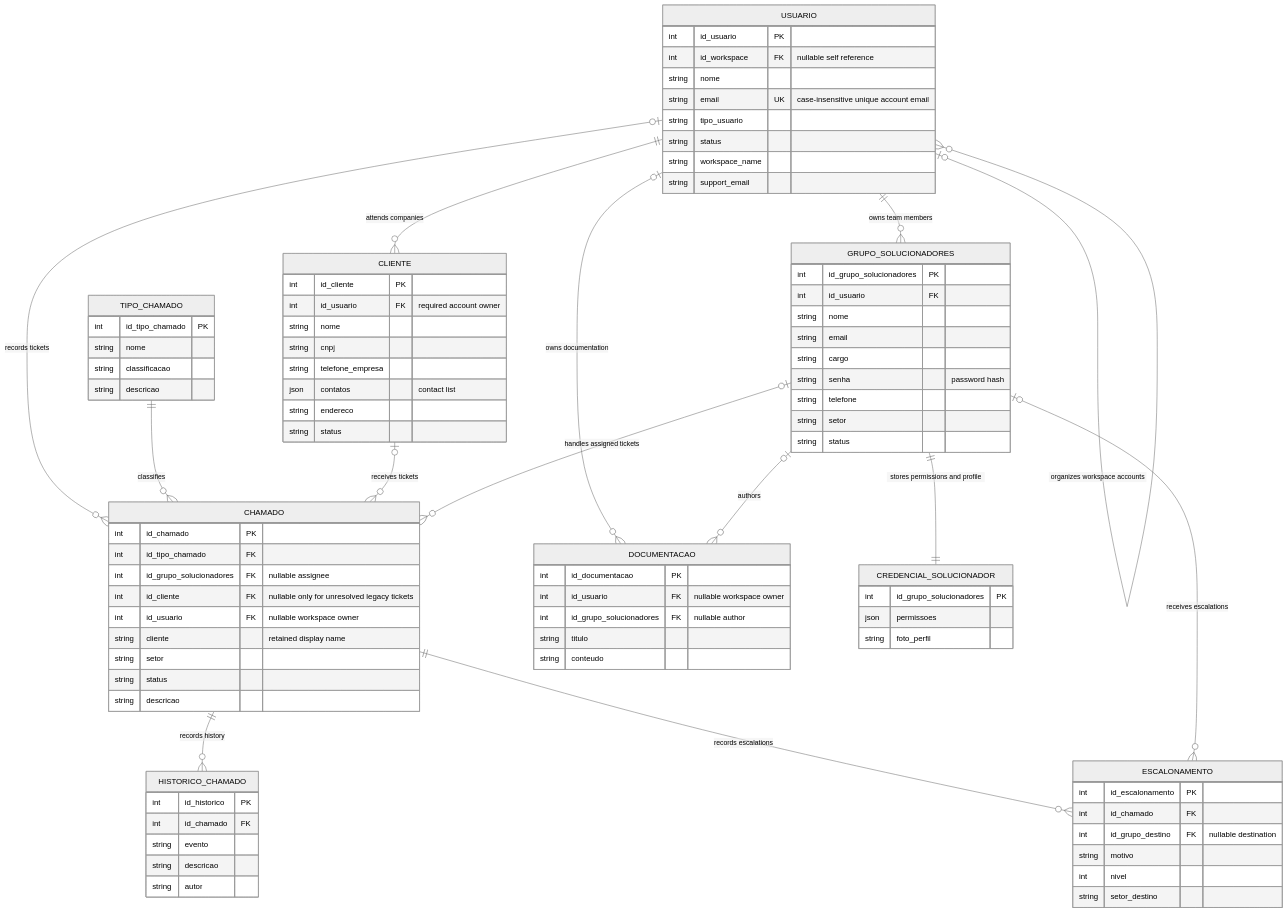
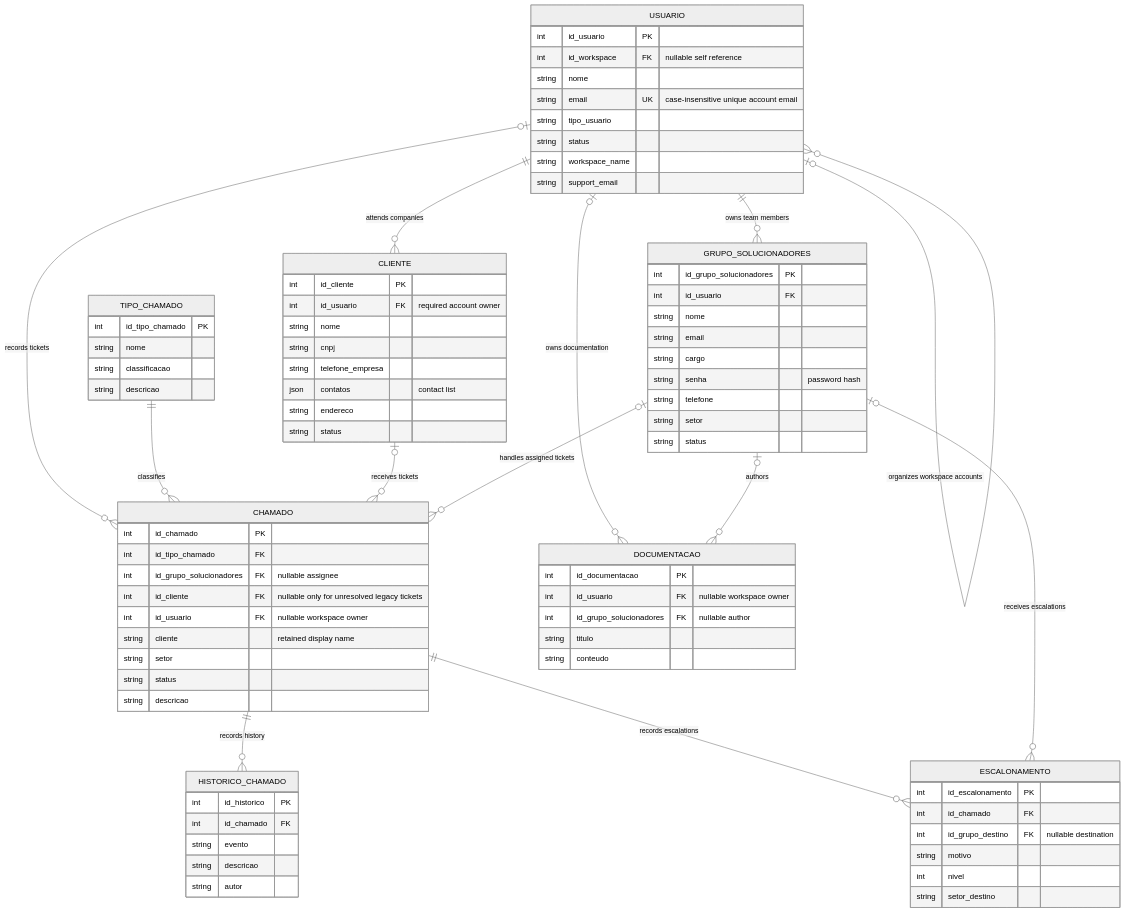
The diagram in .github/modernize/assessment/engines/facts/data-architecture.md (Carlos-Eduardo20/HelpTI), drawn with Mermaid (neutral theme) before and after one commit. The commit also changed other lines of this file and 9 other files, not shown here.

```diff
--- a/.github/modernize/assessment/engines/facts/data-architecture.md
+++ b/.github/modernize/assessment/engines/facts/data-architecture.md
@@ -30,7 +30,6 @@
     USUARIO o|--o{ DOCUMENTACAO : "owns documentation"
     TIPO_CHAMADO ||--o{ CHAMADO : "classifies"
     CLIENTE o|--o{ CHAMADO : "receives tickets"
-    GRUPO_SOLUCIONADORES ||--|| CREDENCIAL_SOLUCIONADOR : "stores permissions and profile"
     GRUPO_SOLUCIONADORES o|--o{ CHAMADO : "handles assigned tickets"
     CHAMADO ||--o{ HISTORICO_CHAMADO : "records history"
     CHAMADO ||--o{ ESCALONAMENTO : "records escalations"
@@ -78,12 +77,6 @@
         string status
     }
 
-    CREDENCIAL_SOLUCIONADOR {
-        int id_grupo_solucionadores PK
-        json permissoes
-        string foto_perfil
-    }
-
     CHAMADO {
         int id_chamado PK
         int id_tipo_chamado FK
```
